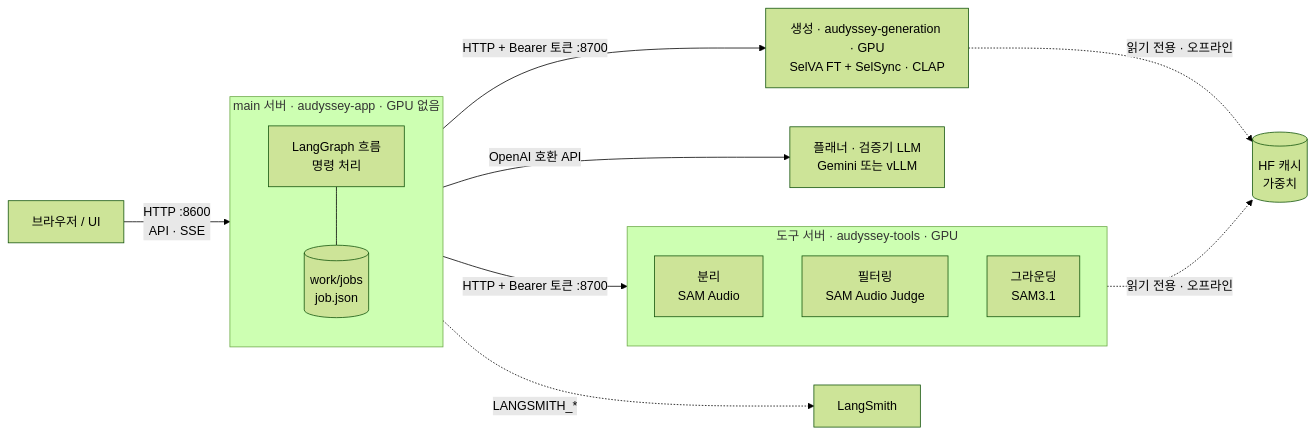
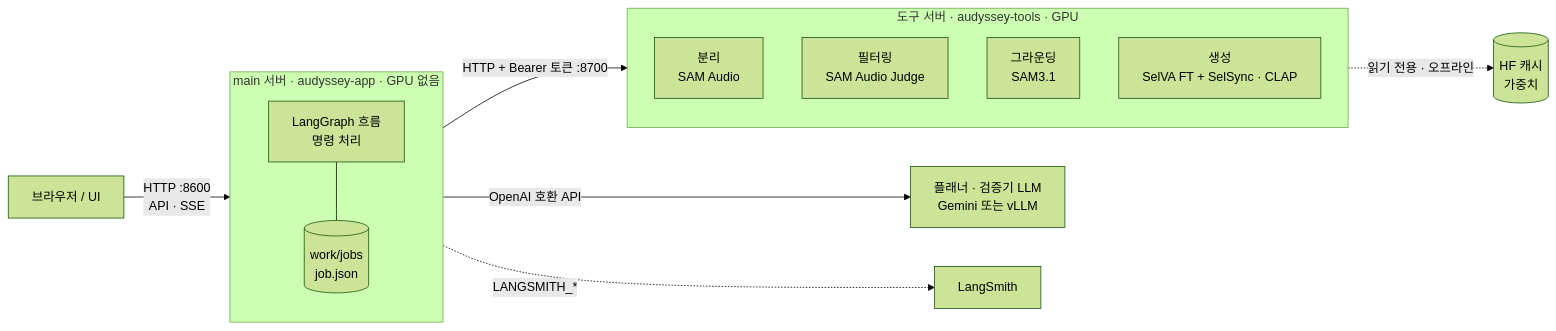
The second of 2 diagrams in README.md (capstone-audissey-fall-2026/audissey), drawn with Mermaid (forest theme) before and after one commit. The commit also changed other lines of this file and 16 other files, not shown here.

````diff
--- a/README.md
+++ b/README.md
@@ -47,18 +47,17 @@
 ```mermaid
 flowchart LR
   UI["브라우저 / UI"] -- "HTTP :8600<br/>API · SSE" --> MAIN
   subgraph MAIN["main 서버 · audyssey-app · GPU 없음"]
     GRAPH["LangGraph 흐름<br/>명령 처리"] --- STORE[("work/jobs<br/>job.json")]
   end
   MAIN -- "OpenAI 호환 API" --> LLM["플래너 · 검증기 LLM<br/>Gemini 또는 vLLM"]
   MAIN -- "HTTP + Bearer 토큰 :8700" --> TOOLS
   subgraph TOOLS["도구 서버 · audyssey-tools · GPU"]
     T1["분리<br/>SAM Audio"]
     T2["필터링<br/>SAM Audio Judge"]
     T3["그라운딩<br/>SAM3.1"]
+    T4["생성<br/>SelVA FT + SelSync · CLAP"]
   end
-  MAIN -- "HTTP + Bearer 토큰 :8700" --> GEN["생성 · audyssey-generation · GPU<br/>SelVA FT + SelSync · CLAP"]
-  GEN -. "읽기 전용 · 오프라인" .-> HF
   TOOLS -. "읽기 전용 · 오프라인" .-> HF[("HF 캐시<br/>가중치")]
   MAIN -. "LANGSMITH_*" .-> LS["LangSmith"]
 ```
````
